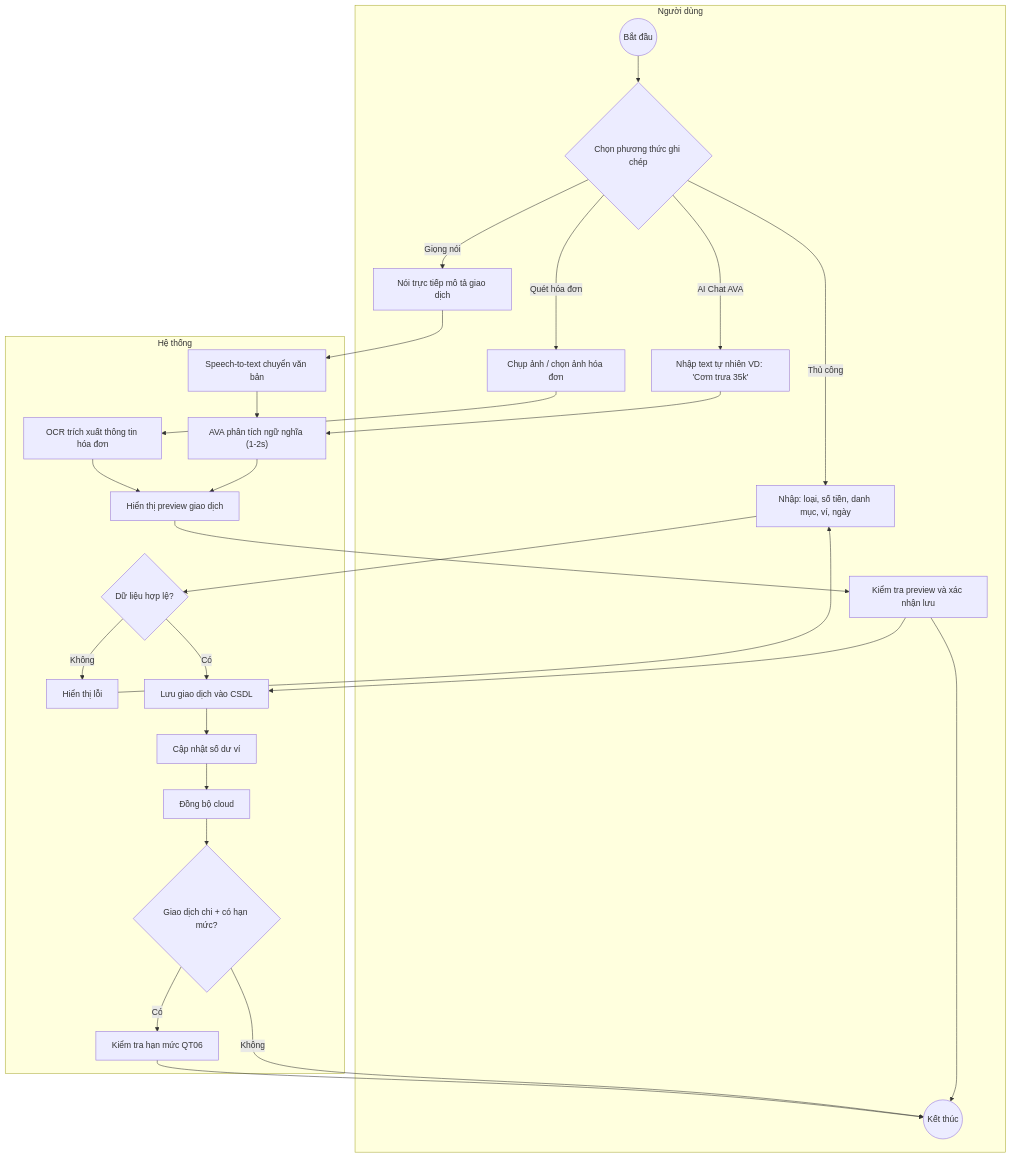
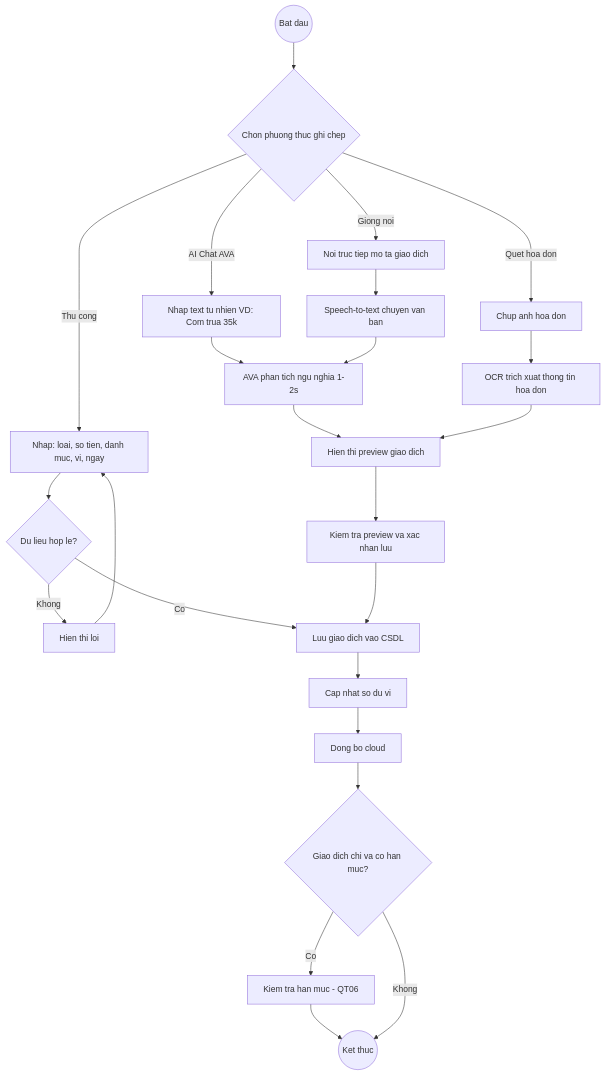
The fourth of 10 diagrams in Nghiên cứu MISA MoneyKeeper.md (Hieu-vn/Graduation-Thesis), drawn with Mermaid before and after one commit. The commit also changed other lines of this file, not shown here.

First line of the commit message:
fix: Rewrite all 10 mermaid diagrams for GitHub rendering

````diff
--- a/Nghiên cứu MISA MoneyKeeper.md
+++ b/Nghiên cứu MISA MoneyKeeper.md
@@ -136,30 +123,25 @@
 ```mermaid
 flowchart TD
-    subgraph "Người dùng"
-        A((Bắt đầu)) --> B{Chọn phương thức ghi chép}
-        B -->|Thủ công| C1["Nhập: loại, số tiền, danh mục, ví, ngày"]
-        B -->|AI Chat AVA| C2["Nhập text tự nhiên VD: 'Cơm trưa 35k'"]
-        B -->|Giọng nói| C3["Nói trực tiếp mô tả giao dịch"]
-        B -->|Quét hóa đơn| C4["Chụp ảnh / chọn ảnh hóa đơn"]
-        J[Kiểm tra preview và xác nhận lưu] --> K((Kết thúc))
-    end
-    subgraph "Hệ thống"
-        C1 --> D1{Dữ liệu hợp lệ?}
-        D1 -->|Không| E1[Hiển thị lỗi] --> C1
-        D1 -->|Có| F[Lưu giao dịch vào CSDL]
-        C2 --> D2["AVA phân tích ngữ nghĩa (1-2s)"]
-        D2 --> D5[Hiển thị preview giao dịch]
-        C3 --> D3[Speech-to-text chuyển văn bản]
-        D3 --> D2
-        C4 --> D4[OCR trích xuất thông tin hóa đơn]
-        D4 --> D5
-        D5 --> J
-        J --> F
-        F --> G[Cập nhật số dư ví]
-        G --> G2[Đồng bộ cloud]
-        G2 --> H{Giao dịch chi + có hạn mức?}
-        H -->|Có| I[Kiểm tra hạn mức QT06]
-        H -->|Không| K
-        I --> K
-    end
+    A((Bat dau)) --> B{Chon phuong thuc ghi chep}
+    B -->|Thu cong| C1[Nhap: loai, so tien, danh muc, vi, ngay]
+    B -->|AI Chat AVA| C2[Nhap text tu nhien VD: Com trua 35k]
+    B -->|Giong noi| C3[Noi truc tiep mo ta giao dich]
+    B -->|Quet hoa don| C4[Chup anh hoa don]
+    C1 --> D1{Du lieu hop le?}
+    D1 -->|Khong| E1[Hien thi loi] --> C1
+    D1 -->|Co| F[Luu giao dich vao CSDL]
+    C2 --> D2[AVA phan tich ngu nghia 1-2s]
+    C3 --> D3[Speech-to-text chuyen van ban]
+    D3 --> D2
+    D2 --> D5[Hien thi preview giao dich]
+    C4 --> D4[OCR trich xuat thong tin hoa don]
+    D4 --> D5
+    D5 --> J[Kiem tra preview va xac nhan luu]
+    J --> F
+    F --> G[Cap nhat so du vi]
+    G --> G2[Dong bo cloud]
+    G2 --> H{Giao dich chi va co han muc?}
+    H -->|Co| I[Kiem tra han muc - QT06]
+    I --> K((Ket thuc))
+    H -->|Khong| K
 ```
````
